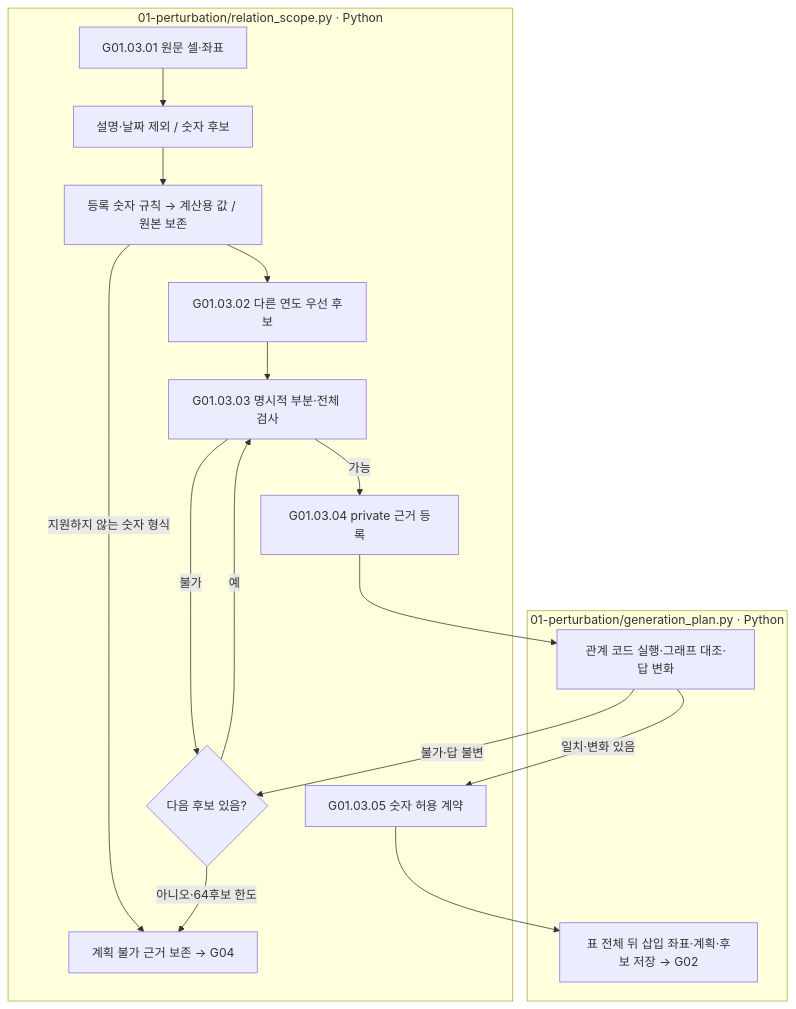
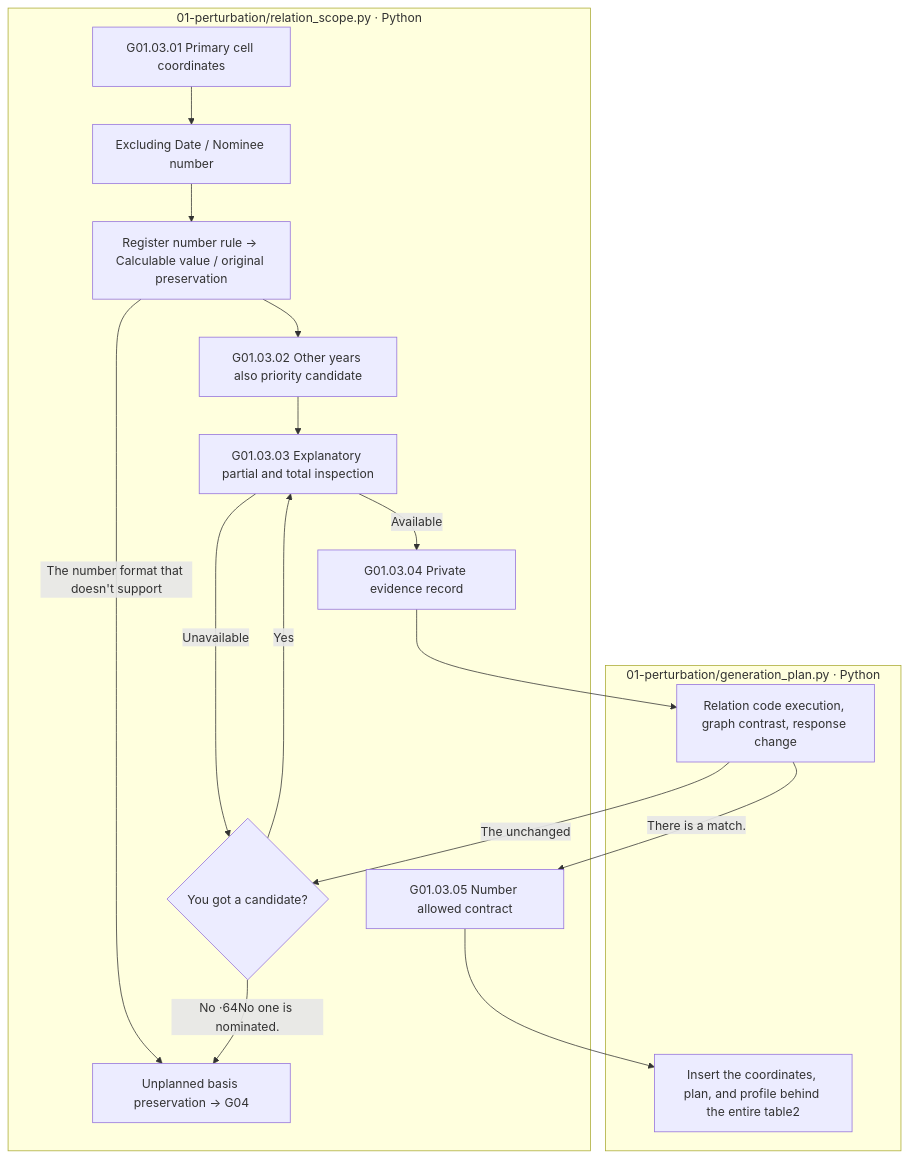
The second of 2 diagrams in src/finarch/documentation/templates/stages/01-dataset/02-generation/01-perturbation/README.md (pnu-clink/finject), drawn with Mermaid before and after one commit. The commit also changed other lines of this file and 644 other files, not shown here.

````diff
--- a/src/finarch/documentation/templates/stages/01-dataset/02-generation/01-perturbation/README.md
+++ b/src/finarch/documentation/templates/stages/01-dataset/02-generation/01-perturbation/README.md
@@ -59,21 +59,21 @@
 ```mermaid
 flowchart TD
  subgraph RS["01-perturbation/relation_scope.py · Python"]
-  A["G01.03.01 원문 셀·좌표"] --> V["설명·날짜 제외 / 숫자 후보"]
-  V --> NN["등록 숫자 규칙 → 계산용 값 / 원본 보존"]
-  NN --> B["G01.03.02 다른 연도 우선 후보"]
-  NN -->|지원하지 않는 숫자 형식| X
-  B --> C["G01.03.03 명시적 부분·전체 검사"]
-  C -->|불가| N{"다음 후보 있음?"}
-  N -->|예| C
-  N -->|아니오·64후보 한도| X["계획 불가 근거 보존 → G04"]
-  C -->|가능| D["G01.03.04 private 근거 등록"]
-  E["G01.03.05 숫자 허용 계약"]
+  A["G01.03.01 Primary cell coordinates"] --> V["Excluding Date / Nominee number"]
+  V --> NN["Register number rule → Calculable value / original preservation"]
+  NN --> B["G01.03.02 Other years also priority candidate"]
+  NN -->|The number format that doesn't support| X
+  B --> C["G01.03.03 Explanatory partial and total inspection"]
+  C -->|Unavailable| N{"You got a candidate?"}
+  N -->|Yes| C
+  N -->|No ·64No one is nominated.| X["Unplanned basis preservation → G04"]
+  C -->|Available| D["G01.03.04 Private evidence record"]
+  E["G01.03.05 Number allowed contract"]
  end
  subgraph GP["01-perturbation/generation_plan.py · Python"]
-  D --> F["관계 코드 실행·그래프 대조·답 변화"]
-  F -->|일치·변화 있음| E
-  F -->|불가·답 불변| N
-  E --> O["표 전체 뒤 삽입 좌표·계획·후보 저장 → G02"]
+  D --> F["Relation code execution, graph contrast, response change"]
+  F -->|There is a match.| E
+  F -->|The unchanged| N
+  E --> O["Insert the coordinates, plan, and profile behind the entire table2"]
  end
 ```
````
